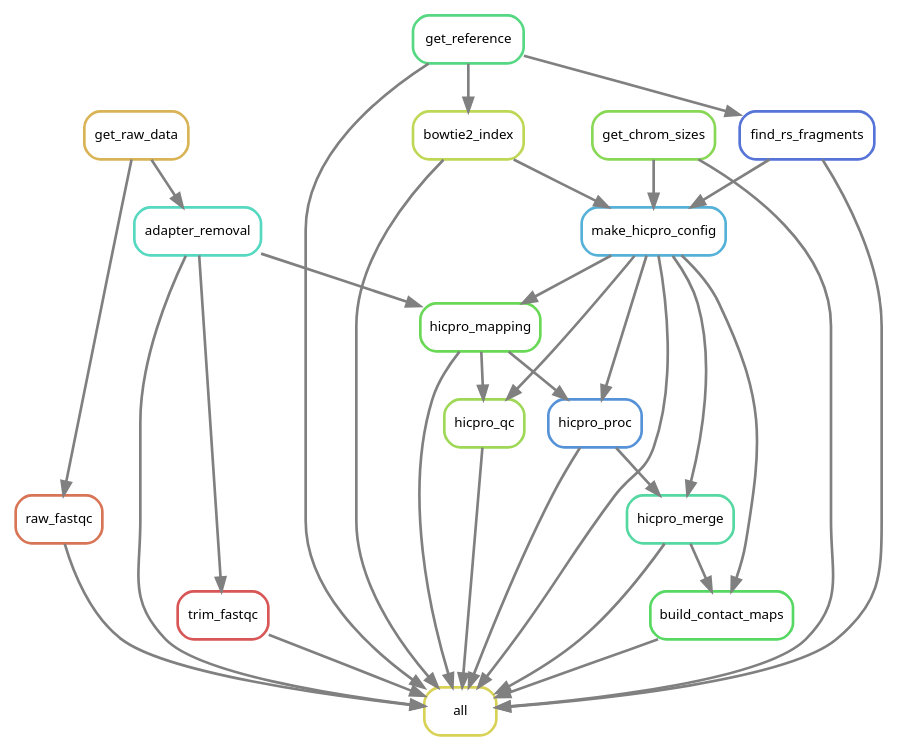
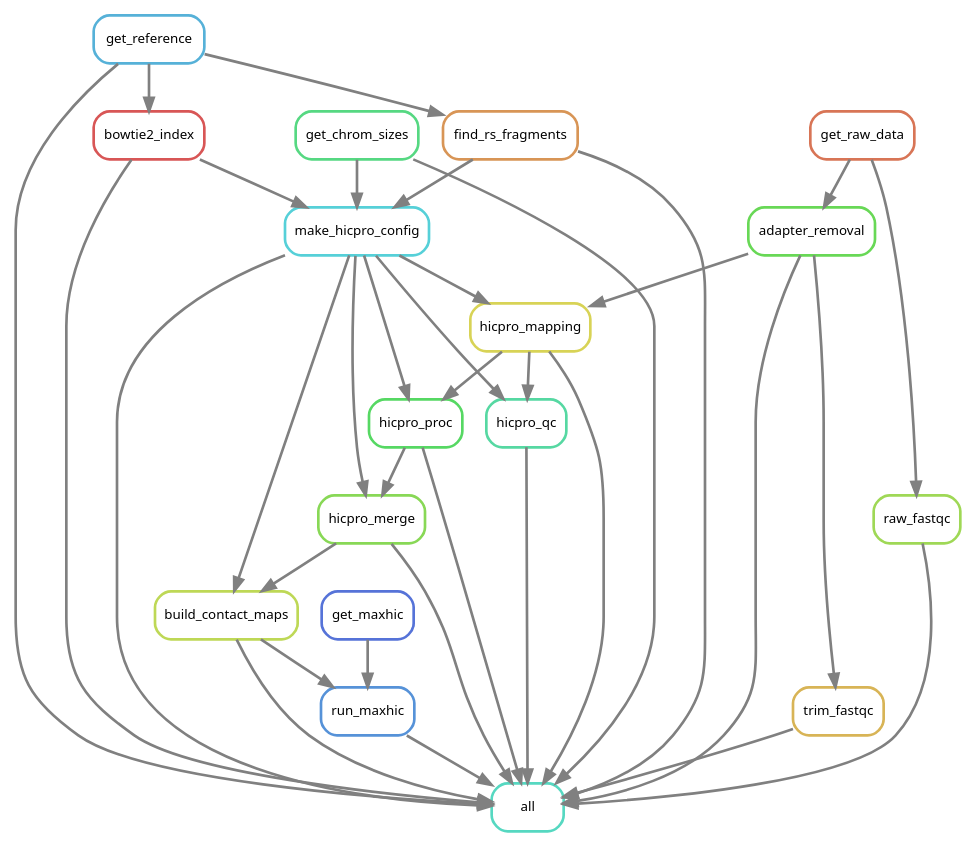
The diagram in output/rulegraph.dot (DRMCRL/ENCODE_T47D_HiC_ENCSR549MGQ), drawn with Graphviz before and after one commit. The commit also changed 1 other file, not shown here.

Commit message:
Added maxhic for 40KB only

```diff
--- a/output/rulegraph.dot
+++ b/output/rulegraph.dot
@@ -1,51 +1,56 @@
 digraph snakemake_dag {
     graph[bgcolor=white, margin=0];
     node[shape=box, style=rounded, fontname=sans,                 fontsize=10, penwidth=2];
     edge[penwidth=2, color=grey];
-	0[label = "all", color = "0.16 0.6 0.85", style="rounded"];
-	1[label = "build_contact_maps", color = "0.35 0.6 0.85", style="rounded"];
-	2[label = "bowtie2_index", color = "0.20 0.6 0.85", style="rounded"];
-	3[label = "raw_fastqc", color = "0.04 0.6 0.85", style="rounded"];
-	4[label = "find_rs_fragments", color = "0.63 0.6 0.85", style="rounded"];
-	5[label = "trim_fastqc", color = "0.00 0.6 0.85", style="rounded"];
-	6[label = "adapter_removal", color = "0.47 0.6 0.85", style="rounded"];
-	7[label = "get_reference", color = "0.39 0.6 0.85", style="rounded"];
-	8[label = "hicpro_proc", color = "0.59 0.6 0.85", style="rounded"];
-	9[label = "hicpro_merge", color = "0.43 0.6 0.85", style="rounded"];
-	10[label = "hicpro_mapping", color = "0.31 0.6 0.85", style="rounded"];
-	11[label = "get_chrom_sizes", color = "0.27 0.6 0.85", style="rounded"];
-	12[label = "make_hicpro_config", color = "0.55 0.6 0.85", style="rounded"];
-	13[label = "hicpro_qc", color = "0.24 0.6 0.85", style="rounded"];
-	14[label = "get_raw_data", color = "0.12 0.6 0.85", style="rounded"];
+	0[label = "all", color = "0.47 0.6 0.85", style="rounded"];
+	1[label = "build_contact_maps", color = "0.20 0.6 0.85", style="rounded"];
+	2[label = "bowtie2_index", color = "0.00 0.6 0.85", style="rounded"];
+	3[label = "make_hicpro_config", color = "0.51 0.6 0.85", style="rounded"];
+	4[label = "hicpro_mapping", color = "0.16 0.6 0.85", style="rounded"];
+	5[label = "hicpro_proc", color = "0.35 0.6 0.85", style="rounded"];
+	6[label = "hicpro_merge", color = "0.27 0.6 0.85", style="rounded"];
+	7[label = "find_rs_fragments", color = "0.08 0.6 0.85", style="rounded"];
+	8[label = "trim_fastqc", color = "0.12 0.6 0.85", style="rounded"];
+	9[label = "adapter_removal", color = "0.31 0.6 0.85", style="rounded"];
+	10[label = "raw_fastqc", color = "0.24 0.6 0.85", style="rounded"];
+	11[label = "run_maxhic", color = "0.59 0.6 0.85", style="rounded"];
+	12[label = "get_chrom_sizes", color = "0.39 0.6 0.85", style="rounded"];
+	13[label = "hicpro_qc", color = "0.43 0.6 0.85", style="rounded"];
+	14[label = "get_reference", color = "0.55 0.6 0.85", style="rounded"];
+	15[label = "get_raw_data", color = "0.04 0.6 0.85", style="rounded"];
+	16[label = "get_maxhic", color = "0.63 0.6 0.85", style="rounded"];
+	2 -> 0
+	14 -> 0
+	7 -> 0
+	4 -> 0
+	8 -> 0
+	1 -> 0
+	10 -> 0
+	6 -> 0
 	5 -> 0
+	9 -> 0
+	12 -> 0
+	13 -> 0
 	3 -> 0
-	13 -> 0
-	2 -> 0
 	11 -> 0
-	10 -> 0
-	1 -> 0
-	7 -> 0
-	9 -> 0
-	6 -> 0
-	12 -> 0
-	8 -> 0
-	4 -> 0
-	12 -> 1
-	9 -> 1
-	7 -> 2
-	14 -> 3
-	7 -> 4
-	6 -> 5
-	14 -> 6
-	12 -> 8
-	10 -> 8
-	12 -> 9
-	8 -> 9
-	12 -> 10
-	6 -> 10
-	11 -> 12
-	4 -> 12
-	2 -> 12
-	12 -> 13
-	10 -> 13
+	6 -> 1
+	3 -> 1
+	14 -> 2
+	2 -> 3
+	12 -> 3
+	7 -> 3
+	9 -> 4
+	3 -> 4
+	4 -> 5
+	3 -> 5
+	5 -> 6
+	3 -> 6
+	14 -> 7
+	9 -> 8
+	15 -> 9
+	15 -> 10
+	1 -> 11
+	16 -> 11
+	4 -> 13
+	3 -> 13
 }            
```
